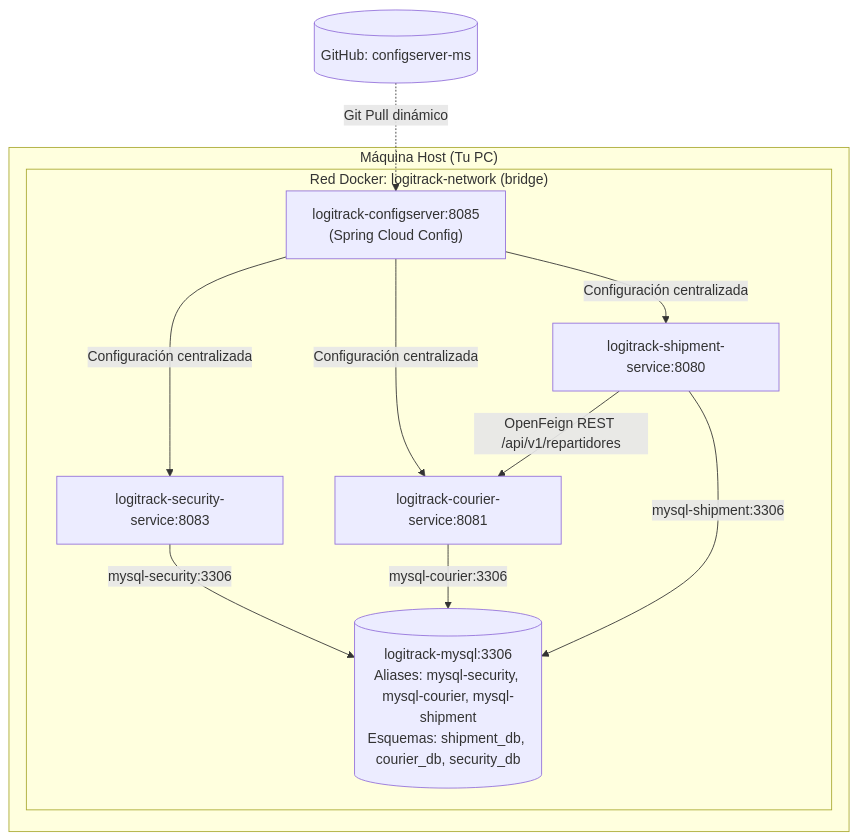
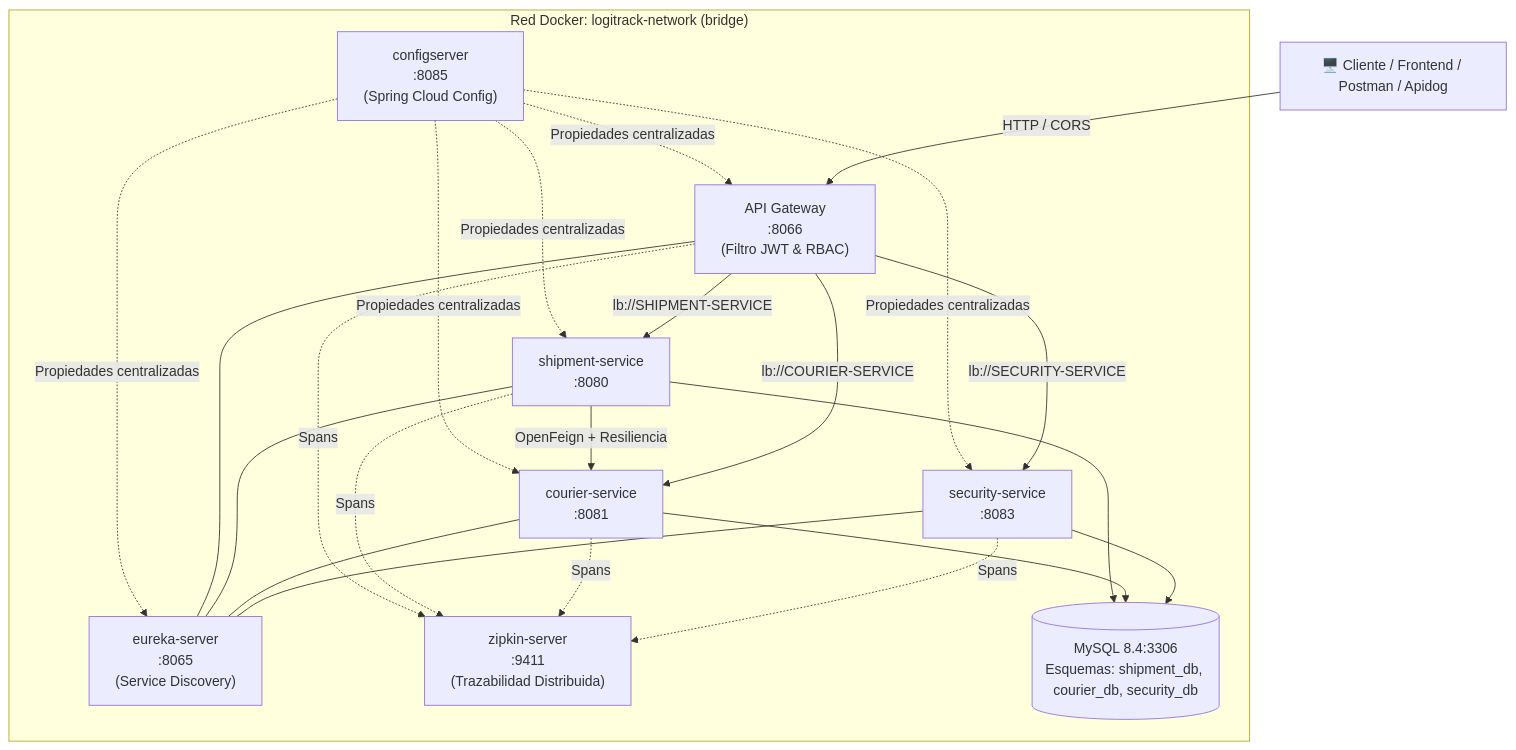
The diagram in README.md (logitrack-lazyhawk/logitrack-infra), drawn with Mermaid before and after one commit. The commit also changed other lines of this file and 1 other file, not shown here.

Commit message:
feat(infra): integrar api-gateway, servidor zipkin y actualizar documentacion sprint 3

````diff
--- a/README.md
+++ b/README.md
@@ -26,24 +20,38 @@
 ```mermaid
 flowchart TD
-    subgraph Host ["Máquina Host (Tu PC)"]
-        subgraph DockerNetwork ["Red Docker: logitrack-network (bridge)"]
-            CS["logitrack-configserver:8085\n(Spring Cloud Config)"]
-            SEC["logitrack-security-service:8083"]
-            COUR["logitrack-courier-service:8081"]
-            SHIP["logitrack-shipment-service:8080"]
-            
-            DB[("logitrack-mysql:3306\nAliases: mysql-security, mysql-courier, mysql-shipment\nEsquemas: shipment_db, courier_db, security_db")]
-        end
+    Client["🖥️ Cliente / Frontend / Postman / Apidog"] -->|HTTP / CORS| GW["API Gateway\n:8066\n(Filtro JWT & RBAC)"]
+
+    subgraph DockerNetwork ["Red Docker: logitrack-network (bridge)"]
+        GW -->|lb://SECURITY-SERVICE| SEC["security-service\n:8083"]
+        GW -->|lb://COURIER-SERVICE| COUR["courier-service\n:8081"]
+        GW -->|lb://SHIPMENT-SERVICE| SHIP["shipment-service\n:8080"]
+
+        SHIP -->|OpenFeign + Resiliencia| COUR
+
+        EUR["eureka-server\n:8065\n(Service Discovery)"]
+        CFG["configserver\n:8085\n(Spring Cloud Config)"]
+        ZIP["zipkin-server\n:9411\n(Trazabilidad Distribuida)"]
+
+        DB[("MySQL 8.4:3306\nEsquemas: shipment_db, courier_db, security_db")]
+
+        SEC --- EUR
+        COUR --- EUR
+        SHIP --- EUR
+        GW --- EUR
+
+        CFG -.->|Propiedades centralizadas| SEC
+        CFG -.->|Propiedades centralizadas| COUR
+        CFG -.->|Propiedades centralizadas| SHIP
+        CFG -.->|Propiedades centralizadas| GW
+        CFG -.->|Propiedades centralizadas| EUR
+
+        SEC --> DB
+        COUR --> DB
+        SHIP --> DB
+
+        SEC -.->|Spans| ZIP
+        COUR -.->|Spans| ZIP
+        SHIP -.->|Spans| ZIP
+        GW -.->|Spans| ZIP
     end
-
-    GitHub[("GitHub: configserver-ms")] -.->|Git Pull dinámico| CS
-    CS -->|Configuración centralizada| SEC
-    CS -->|Configuración centralizada| COUR
-    CS -->|Configuración centralizada| SHIP
-    
-    SEC -->|mysql-security:3306| DB
-    COUR -->|mysql-courier:3306| DB
-    SHIP -->|mysql-shipment:3306| DB
-    
-    SHIP -->|OpenFeign REST /api/v1/repartidores| COUR
 ```
````
